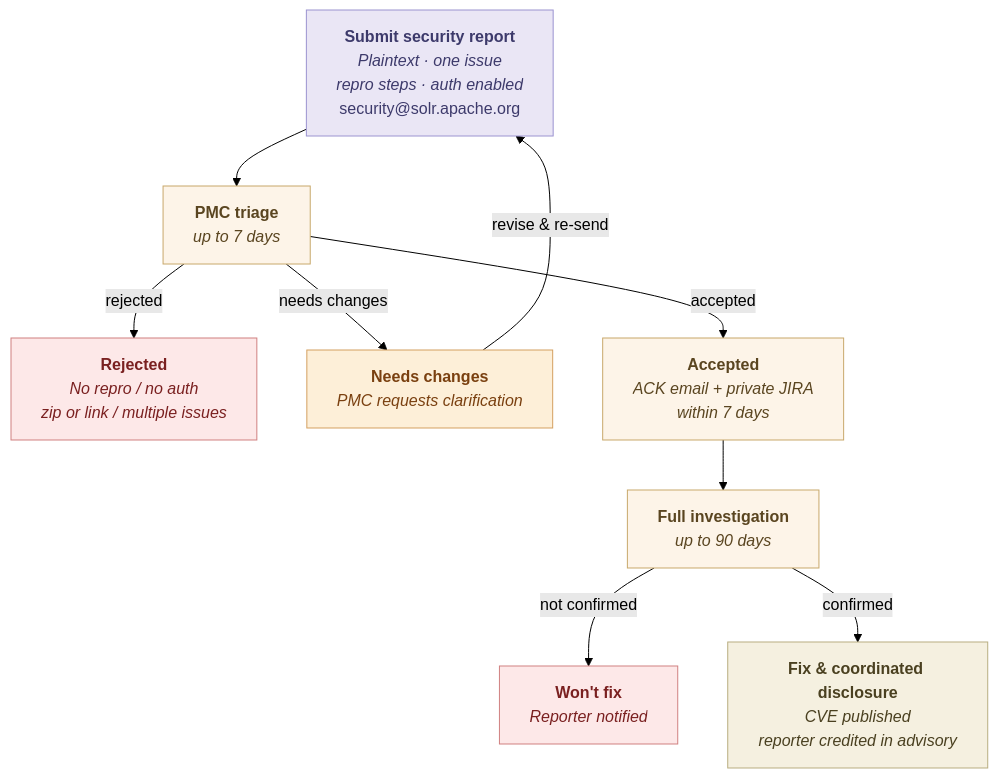
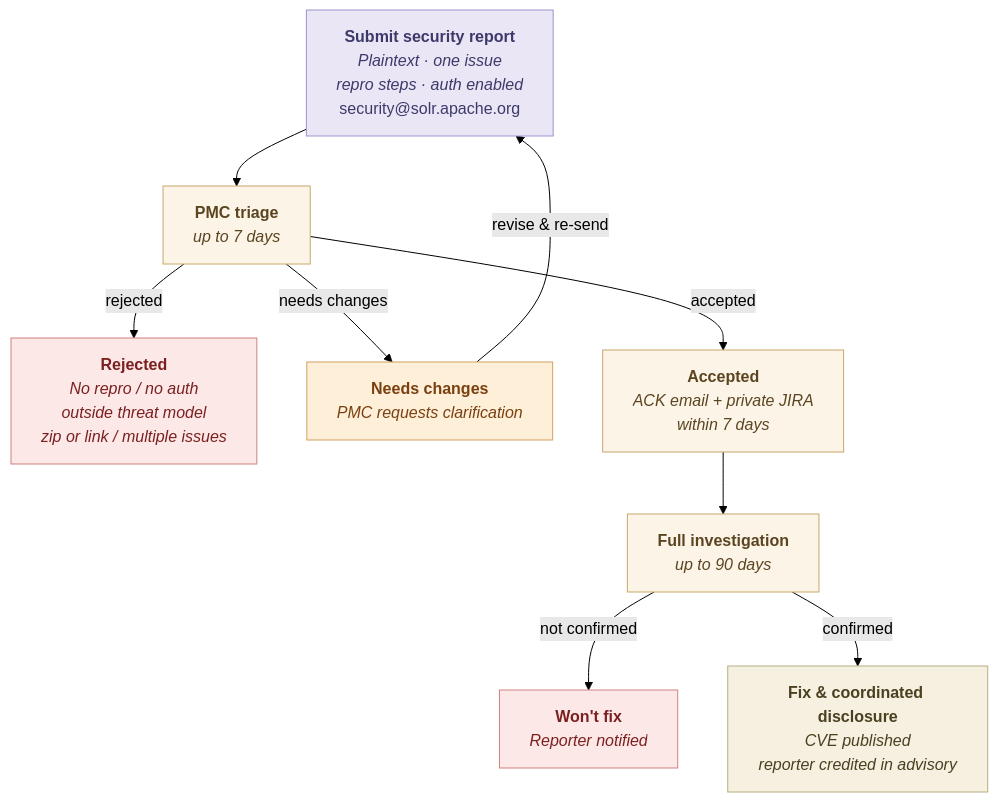
The diagram in content/pages/security-reporting.md (apache/solr-site), drawn with Mermaid (forest theme) before and after one commit. The commit also changed other lines of this file and 1 other file, not shown here.

First line of the commit message:
Reference Solr's threat model on security pages

```diff
--- a/content/pages/security-reporting.md
+++ b/content/pages/security-reporting.md
@@ -44,55 +50,56 @@
 <pre class="mermaid">
 flowchart TD
     A["`**Submit security report**
   *Plaintext · one issue*
   *repro steps · auth enabled*
   security@solr.apache.org`"]
 
     D["`**PMC triage**
   *up to 7 days*`"]
 
     E["`**Rejected**
   *No repro / no auth*
+  *outside threat model*
   *zip or link / multiple issues*`"]
 
     F["`**Needs changes**
   *PMC requests clarification*`"]
 
     G["`**Accepted**
   *ACK email + private JIRA*
   *within 7 days*`"]
 
     I["`**Full investigation**
   *up to 90 days*`"]
 
     J["`**Won't fix**
   *Reporter notified*`"]
 
     K["`**Fix & coordinated disclosure**
   *CVE published*
   *reporter credited in advisory*`"]
 
     A --> D
     D -->|rejected| E
     D -->|needs changes| F
     D -->|accepted| G
     F -->|revise & re-send| A
     G --> I
     I -->|not confirmed| J
     I -->|confirmed| K
 
     classDef submit    fill:#eae6f5,stroke:#9b93d0,color:#3d3a6b
     classDef process   fill:#fdf4e8,stroke:#c8a86b,color:#5a4520
     classDef rejected  fill:#fde8e8,stroke:#d08080,color:#7a2020
     classDef changes   fill:#fdefd8,stroke:#d4a060,color:#7a4010
     classDef accepted  fill:#dff5ec,stroke:#6dbfa0,color:#1a5a40
     classDef wontfix   fill:#fde8e8,stroke:#d08080,color:#7a2020
     classDef disclosure fill:#f5f0e0,stroke:#b8ad80,color:#4a4020
 
     class A submit
     class D,G,I process
     class E rejected
     class F changes
     class J wontfix
     class K disclosure
 </pre> 
```
